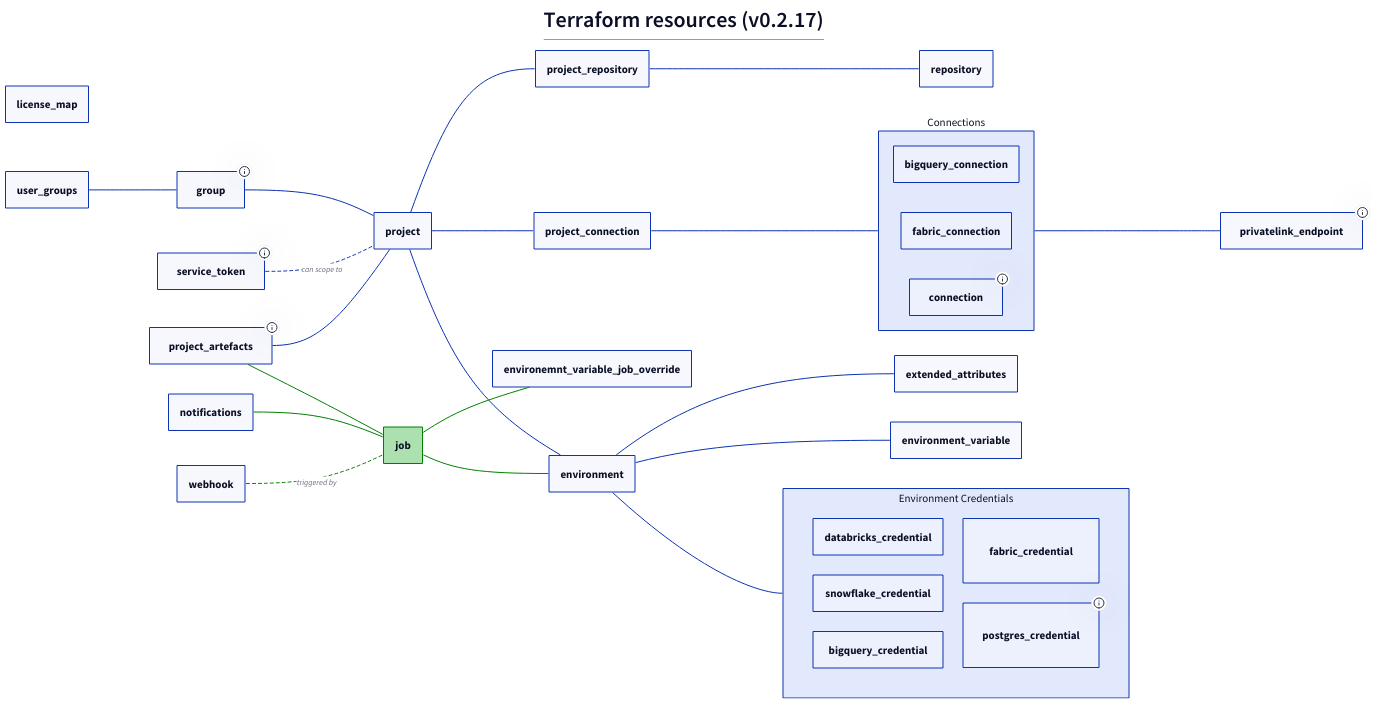
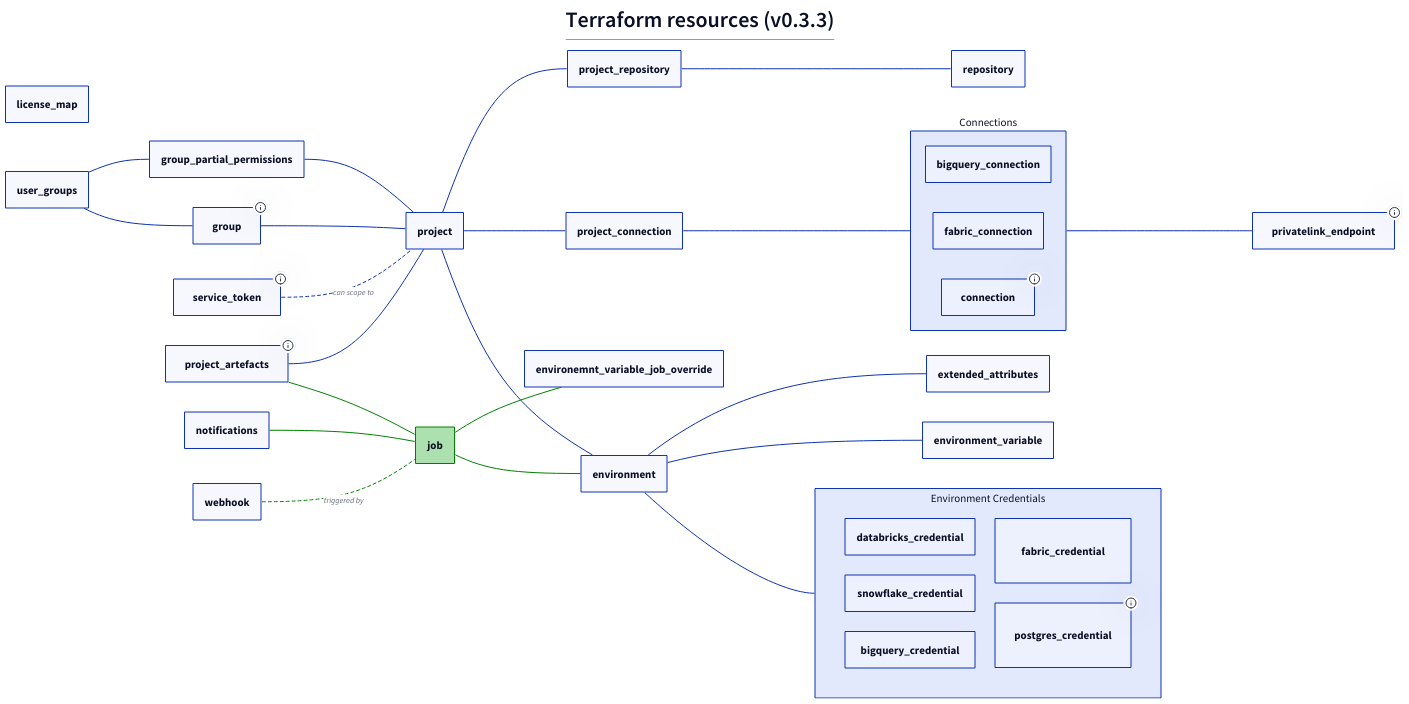
One commit to dbt-labs/terraform-provider-dbtcloud changed the diagram in terraform_resources.d2. Above: the diagram before and after it, drawn with D2. The commit also changed 3 other files, not shown here.

```diff
--- a/terraform_resources.d2
+++ b/terraform_resources.d2
@@ -1,68 +1,71 @@
 *.style.font-size: 22
 *.*.style.font-size: 22
 
 title: |md
-  # Terraform resources (v0.2.17)
+  # Terraform resources (v0.3.3)
 | {near: top-center}
 
 direction: right
 
 
 license_map
 
 privatelink_endpoint: {tooltip: Datasource only}
 group: {tooltip: Group permissions as well}
+group_partial_permissions
 service_token: {tooltip: Permissions as well}
 project_artefacts: {tooltip: For setting the project docs and source freshness}
 job: {
   style: {
     fill: "#ACE1AF"
     stroke: green
   }
 }
 
 conns: Connections {
   bigquery_connection
   fabric_connection
   connection: {tooltip: Works for Snowflake, Redshift, Postgres and Databricks}
 }
 
 env_creds: Environment Credentials {
   grid-columns: 2
   databricks_credential
   snowflake_credential
   bigquery_credential
   fabric_credential
   postgres_credential: {tooltip: Is used for Redshift as well}
 }
 
 service_token -- project: can scope to {
   style: {
     stroke-dash: 3
   }
 }
 group -- project
+group_partial_permissions -- project
 user_groups -- group
+user_groups -- group_partial_permissions
 project -- environment
 job -- environment
 job -- environemnt_variable_job_override
 notifications -- job
 project_artefacts -- job
 
 project_artefacts -- project
 webhook -- job: triggered by {
   style: {
     stroke-dash: 3
   }
 }
 environment -- env_creds
 project -- project_connection
 project_connection -- conns
 conns -- privatelink_endpoint
 project -- project_repository
 project_repository -- repository
 environment -- environment_variable
 environment -- extended_attributes
 
 (job -- *)[*].style.stroke: green
 (* -- job)[*].style.stroke: green
```
